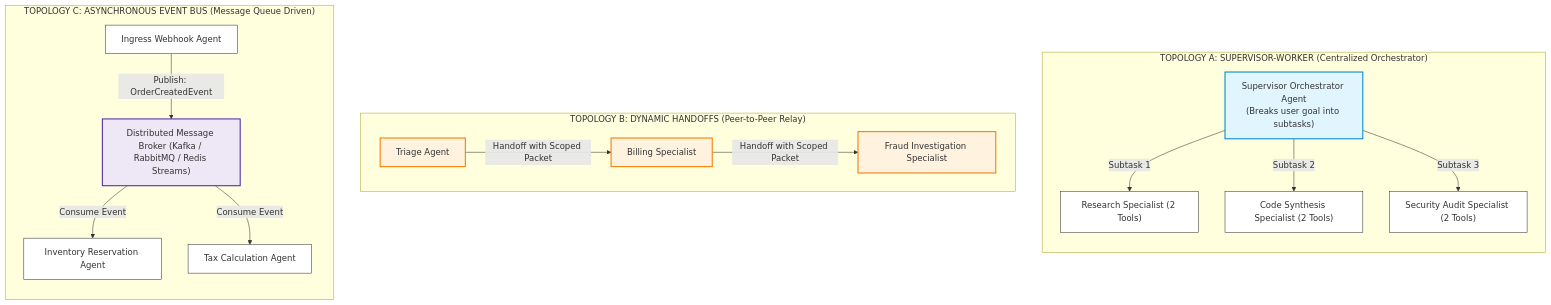
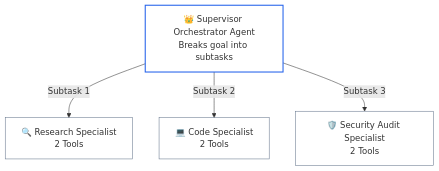
The second of 6 diagrams in 04-agentic-systems-and-orchestration/05-multi-agent-coordination-and-a2a-protocols.md (dip4k/senior-engineer-to-ai-engineer-roadmap), drawn with Mermaid before and after one commit. The commit also changed other lines of this file and 94 other files, not shown here.

Commit message:
refactor(curriculum): complete Phase 04 upgrade and enforce diagram renderer invariants

````diff
--- a/04-agentic-systems-and-orchestration/05-multi-agent-coordination-and-a2a-protocols.md
+++ b/04-agentic-systems-and-orchestration/05-multi-agent-coordination-and-a2a-protocols.md
@@ -72,30 +88,12 @@
 ```mermaid
 flowchart TD
-    classDef sup fill:#e1f5fe,stroke:#0288d1,stroke-width:2px;
-    classDef peer fill:#fff3e0,stroke:#f57c00,stroke-width:2px;
-    classDef bus fill:#ede7f6,stroke:#512da8,stroke-width:2px;
-    classDef box fill:#ffffff,stroke:#333,stroke-width:1px;
+    Sup["👑 Supervisor Orchestrator Agent<br/>Breaks goal into subtasks"]
+    Sup -->|"Subtask 1"| W1["🔍 Research Specialist<br/>2 Tools"]
+    Sup -->|"Subtask 2"| W2["💻 Code Specialist<br/>2 Tools"]
+    Sup -->|"Subtask 3"| W3["🛡️ Security Audit Specialist<br/>2 Tools"]
 
-    subgraph TopologyA["TOPOLOGY A: SUPERVISOR-WORKER (Centralized Orchestrator)"]
-        direction TB
-        Sup["Supervisor Orchestrator Agent\n(Breaks user goal into subtasks)"]:::sup
-        Sup -->|"Subtask 1"| W1["Research Specialist (2 Tools)"]:::box
-        Sup -->|"Subtask 2"| W2["Code Synthesis Specialist (2 Tools)"]:::box
-        Sup -->|"Subtask 3"| W3["Security Audit Specialist (2 Tools)"]:::box
-    end
-
-    subgraph TopologyB["TOPOLOGY B: DYNAMIC HANDOFFS (Peer-to-Peer Relay)"]
-        direction LR
-        Triage["Triage Agent"]:::peer
-        -->|"Handoff with Scoped Packet"| Billing["Billing Specialist"]:::peer
-        -->|"Handoff with Scoped Packet"| Fraud["Fraud Investigation Specialist"]:::peer
-    end
-
-    subgraph TopologyC["TOPOLOGY C: ASYNCHRONOUS EVENT BUS (Message Queue Driven)"]
-        direction TB
-        Broker["Distributed Message Broker (Kafka / RabbitMQ / Redis Streams)"]:::bus
-        A_Pub["Ingress Webhook Agent"]:::box -->|"Publish: OrderCreatedEvent"| Broker
-        Broker -->|"Consume Event"| B_Sub["Inventory Reservation Agent"]:::box
-        Broker -->|"Consume Event"| C_Sub["Tax Calculation Agent"]:::box
-    end
+    style Sup stroke:#2563eb,stroke-width:2px,fill:none
+    style W1 stroke:#64748b,stroke-width:1px,fill:none
+    style W2 stroke:#64748b,stroke-width:1px,fill:none
+    style W3 stroke:#64748b,stroke-width:1px,fill:none
 ```
````
